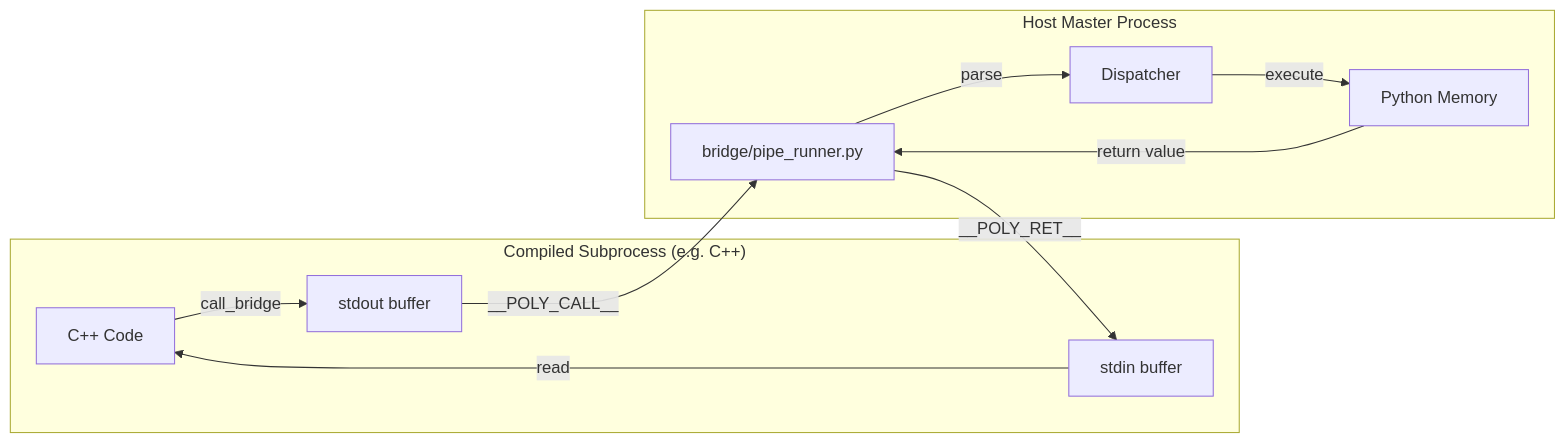
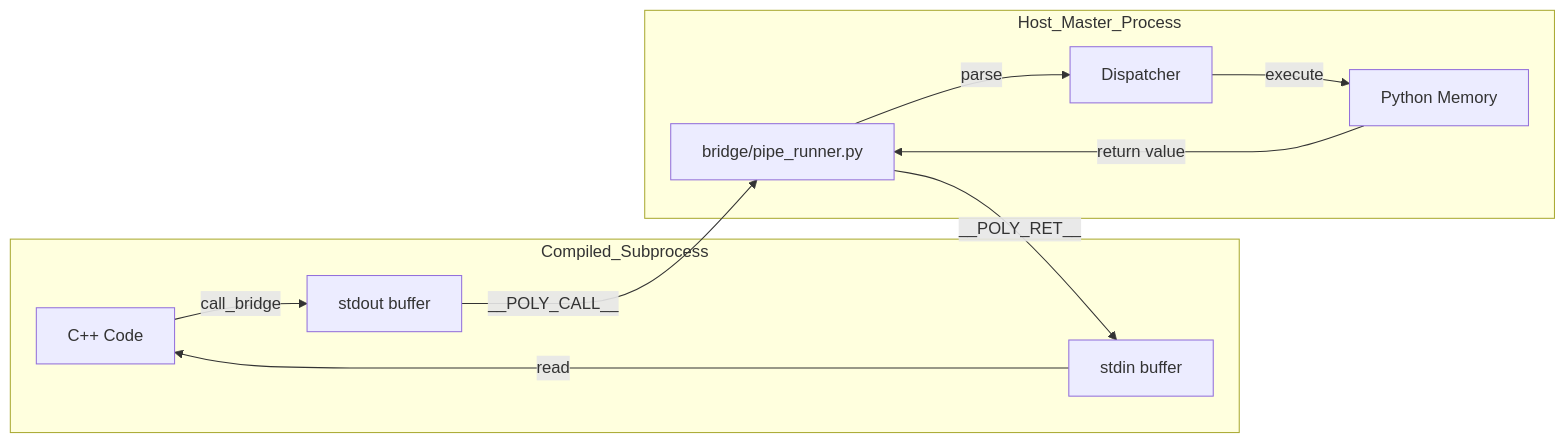
The third of 6 diagrams in ARCHITECTURE.md (gSIREESH24/PNI), drawn with Mermaid before and after one commit. The commit also changed other lines of this file, not shown here.

````diff
--- a/ARCHITECTURE.md
+++ b/ARCHITECTURE.md
@@ -63,17 +63,17 @@
 ```mermaid
 flowchart LR
-    subgraph CompiledSubprocess["Compiled Subprocess (e.g. C++)"]
+    subgraph Compiled_Subprocess
         App[C++ Code] -->|call_bridge| SysOut[stdout buffer]
         SysIn[stdin buffer] -->|read| App
     end
 
     SysOut -->|__POLY_CALL__| PipeRunner[bridge/pipe_runner.py]
 
-    subgraph HostMasterProcess["Host Master Process"]
+    subgraph Host_Master_Process
         PipeRunner -->|parse| Dispatcher
         Dispatcher -->|execute| PyFunc[Python Memory]
         PyFunc -->|return value| PipeRunner
     end
 
     PipeRunner -->|__POLY_RET__| SysIn
 ```
````
